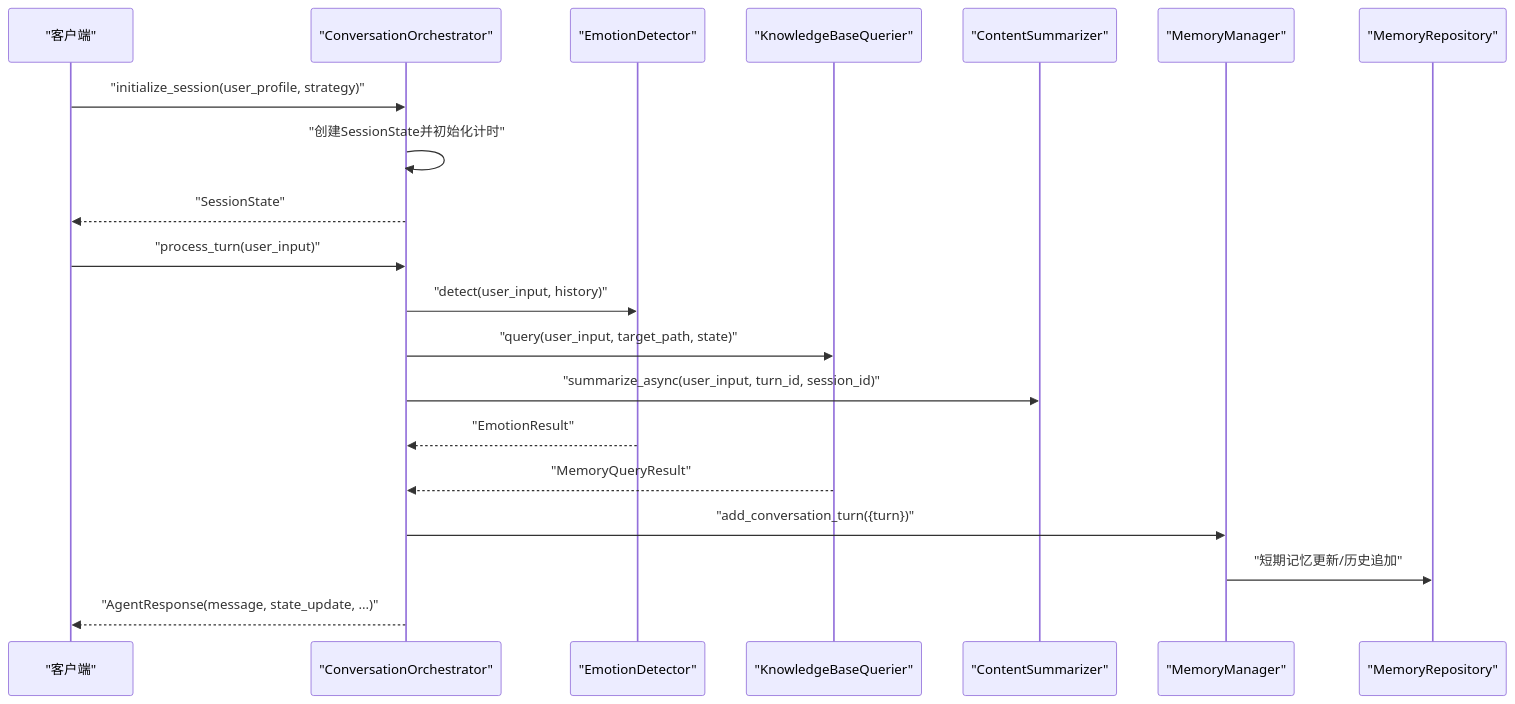
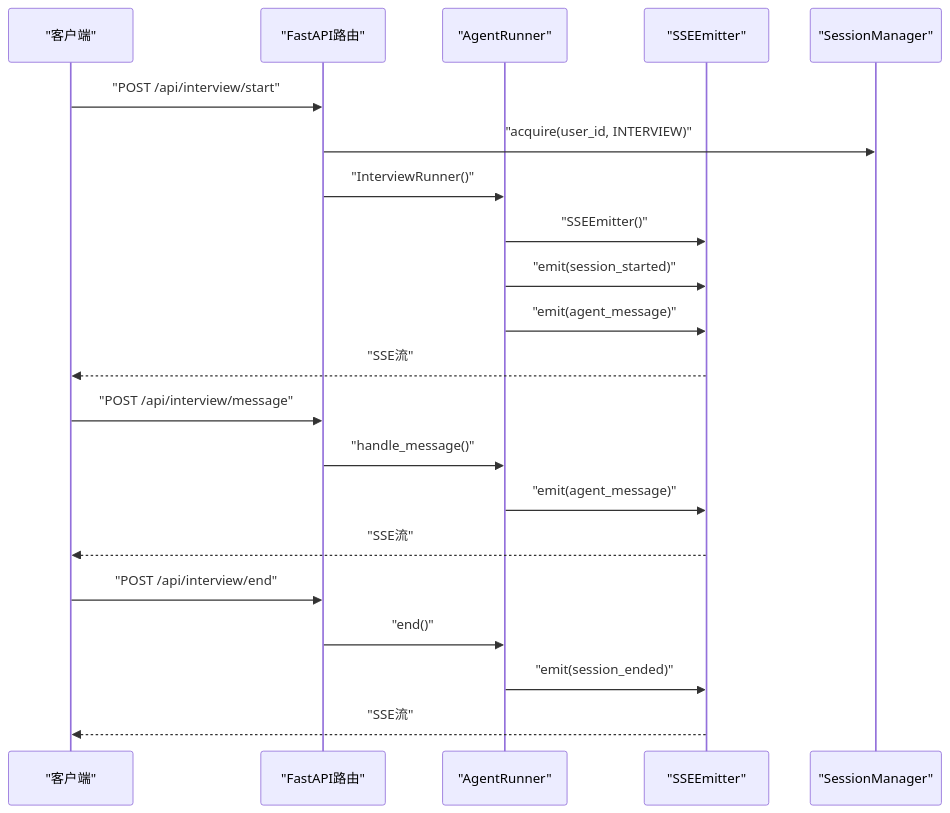
The second of 3 diagrams in .qoder/repowiki/zh/content/API参考文档/API参考文档.md (WangYiKai1017/zizuan), drawn with Mermaid before and after one commit. The commit also changed other lines of this file and 99 other files, not shown here.

````diff
--- a/.qoder/repowiki/zh/content/API参考文档/API参考文档.md
+++ b/.qoder/repowiki/zh/content/API参考文档/API参考文档.md
@@ -148,22 +130,23 @@
 ```mermaid
 sequenceDiagram
 participant Client as "客户端"
-participant Orchestrator as "ConversationOrchestrator"
-participant Emotion as "EmotionDetector"
-participant KB as "KnowledgeBaseQuerier"
-participant Sum as "ContentSummarizer"
-participant MM as "MemoryManager"
-participant Repo as "MemoryRepository"
-Client->>Orchestrator : "initialize_session(user_profile, strategy)"
-Orchestrator->>Orchestrator : "创建SessionState并初始化计时"
-Orchestrator-->>Client : "SessionState"
-Client->>Orchestrator : "process_turn(user_input)"
-Orchestrator->>Emotion : "detect(user_input, history)"
-Orchestrator->>KB : "query(user_input, target_path, state)"
-Orchestrator->>Sum : "summarize_async(user_input, turn_id, session_id)"
-Emotion-->>Orchestrator : "EmotionResult"
-KB-->>Orchestrator : "MemoryQueryResult"
-Orchestrator->>MM : "add_conversation_turn({turn})"
-MM->>Repo : "短期记忆更新/历史追加"
-Orchestrator-->>Client : "AgentResponse(message, state_update, ...)"
+participant Router as "FastAPI路由"
+participant Runner as "AgentRunner"
+participant Emitter as "SSEEmitter"
+participant Session as "SessionManager"
+Client->>Router : "POST /api/interview/start"
+Router->>Session : "acquire(user_id, INTERVIEW)"
+Router->>Runner : "InterviewRunner()"
+Runner->>Emitter : "SSEEmitter()"
+Runner->>Emitter : "emit(session_started)"
+Runner->>Emitter : "emit(agent_message)"
+Emitter-->>Client : "SSE流"
+Client->>Router : "POST /api/interview/message"
+Router->>Runner : "handle_message()"
+Runner->>Emitter : "emit(agent_message)"
+Emitter-->>Client : "SSE流"
+Client->>Router : "POST /api/interview/end"
+Router->>Runner : "end()"
+Runner->>Emitter : "emit(session_ended)"
+Emitter-->>Client : "SSE流"
 ```
````
